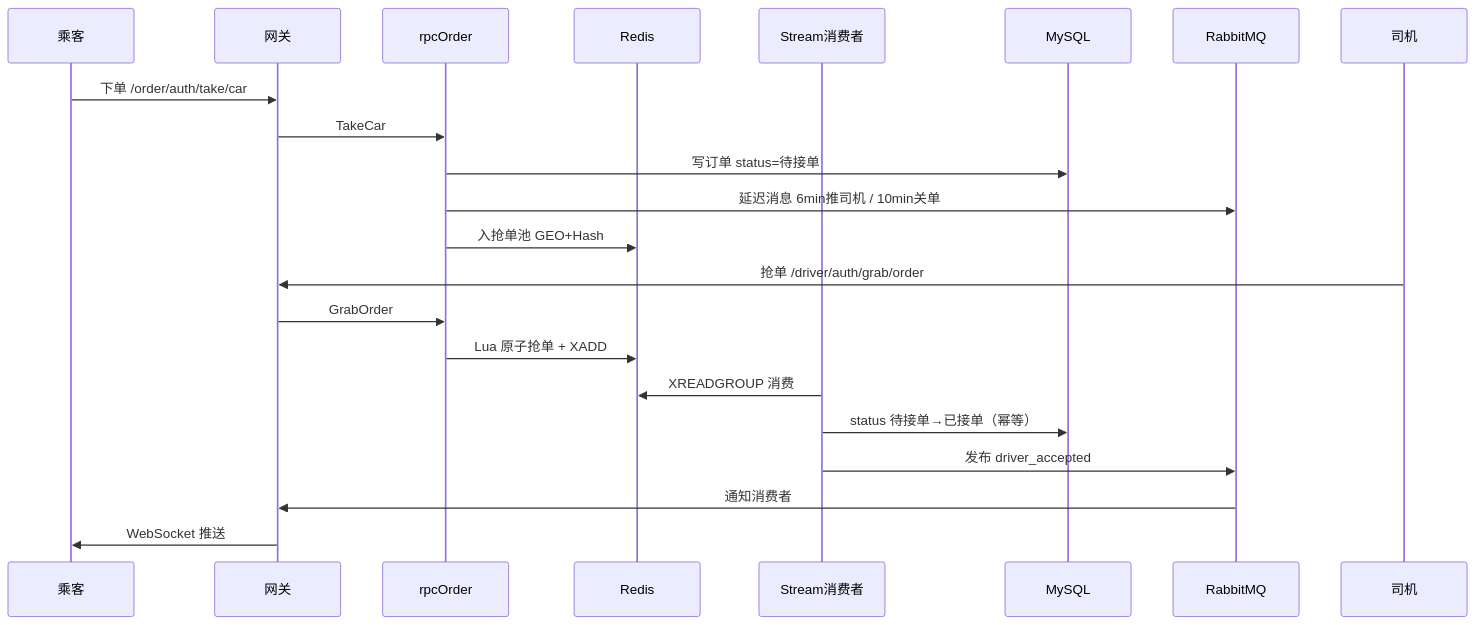
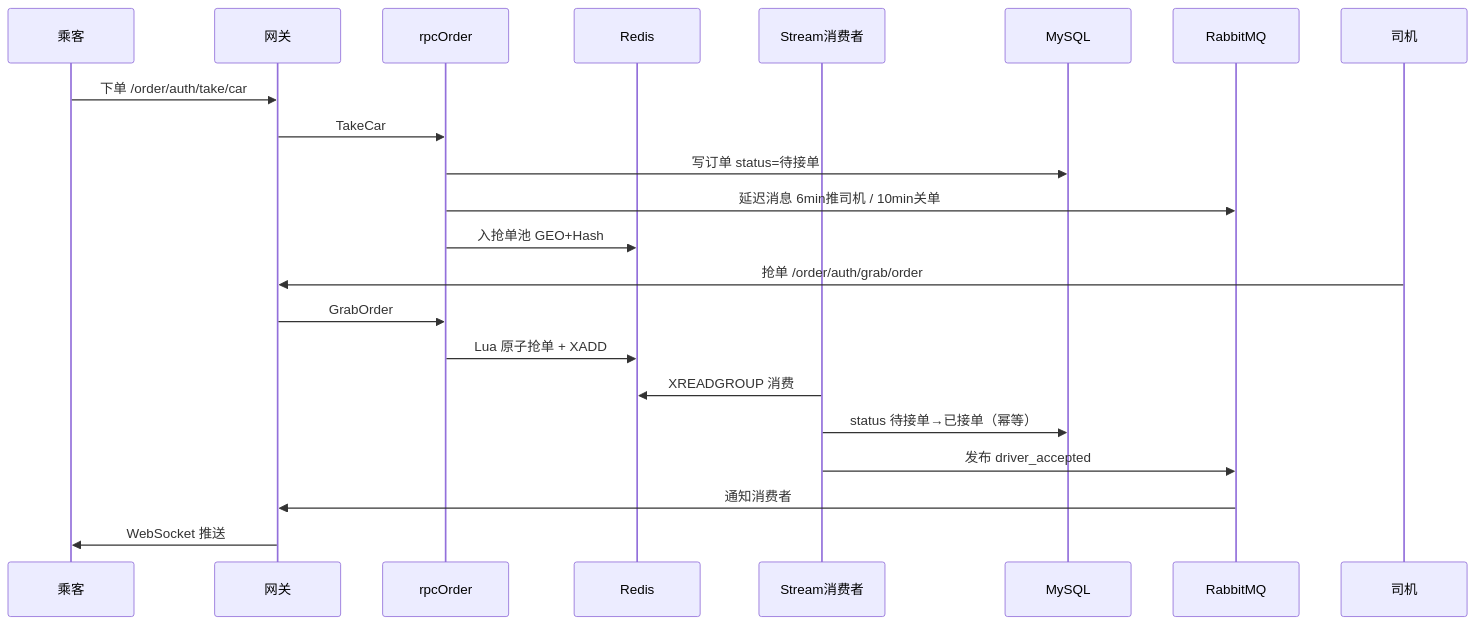
The second of 2 diagrams in README.md (luqingit7hub/smart-mobility-gozero), drawn with Mermaid before and after one commit. The commit also changed other lines of this file and 1 other file, not shown here.

````diff
--- a/README.md
+++ b/README.md
@@ -108,27 +111,27 @@
 ```mermaid
 sequenceDiagram
     participant 乘客
     participant 网关
     participant rpcOrder
     participant Redis
     participant Stream as Stream消费者
     participant MySQL
     participant MQ as RabbitMQ
     participant 司机
 
     乘客->>网关: 下单 /order/auth/take/car
     网关->>rpcOrder: TakeCar
     rpcOrder->>MySQL: 写订单 status=待接单
     rpcOrder->>MQ: 延迟消息 6min推司机 / 10min关单
     rpcOrder->>Redis: 入抢单池 GEO+Hash
 
-    司机->>网关: 抢单 /driver/auth/grab/order
+    司机->>网关: 抢单 /order/auth/grab/order
     网关->>rpcOrder: GrabOrder
     rpcOrder->>Redis: Lua 原子抢单 + XADD
 
     Stream->>Redis: XREADGROUP 消费
     Stream->>MySQL: status 待接单→已接单（幂等）
     Stream->>MQ: 发布 driver_accepted
     MQ->>网关: 通知消费者
     网关->>乘客: WebSocket 推送
 ```
````
